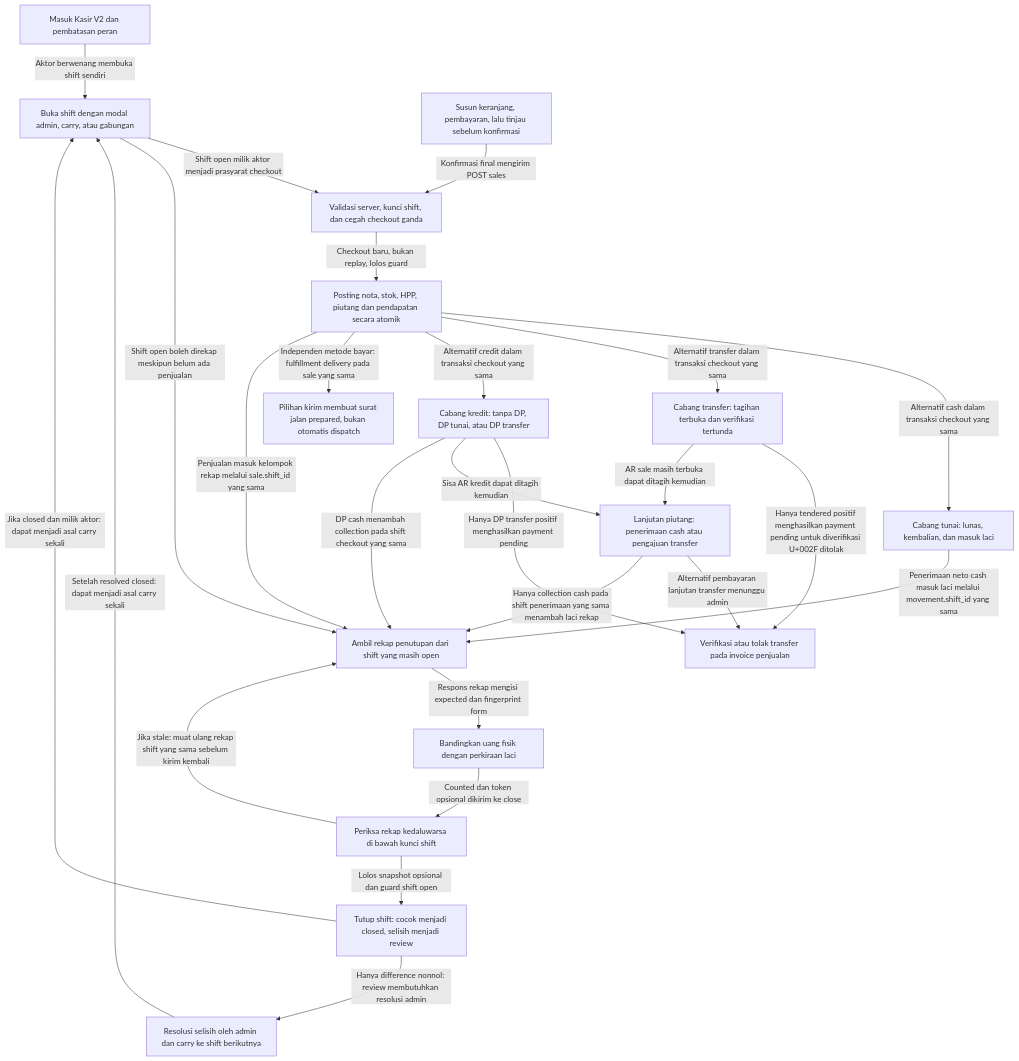
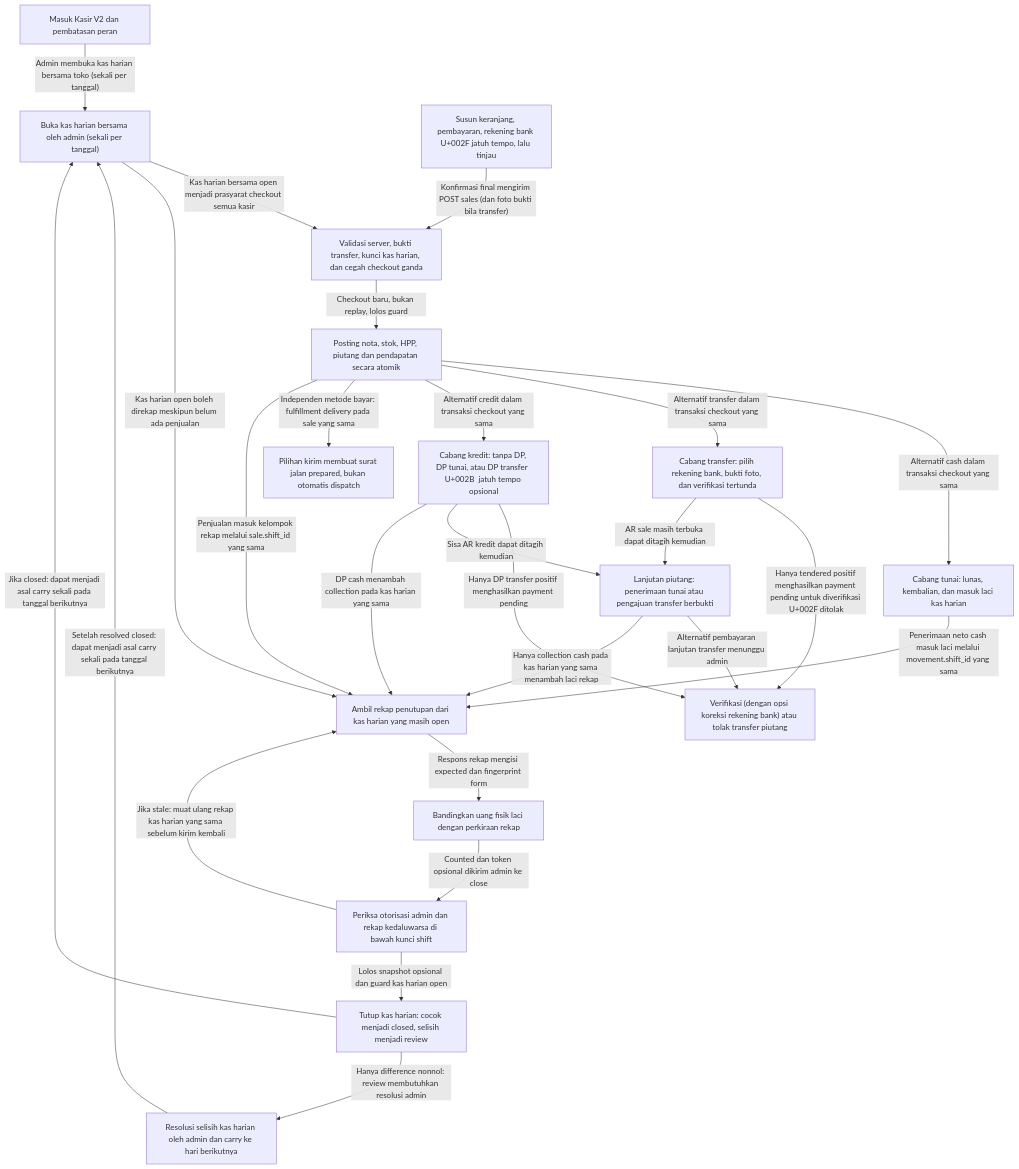
The diagram in docx/modul/01-kasir-shift.md (Bagas10k/kasir-bangunan), drawn with Mermaid before and after one commit. The commit also changed other lines of this file and 52 other files, not shown here.

````diff
--- a/docx/modul/01-kasir-shift.md
+++ b/docx/modul/01-kasir-shift.md
@@ -5,44 +5,44 @@
 ```mermaid
 flowchart TD
     n_KS01["Masuk Kasir V2 dan pembatasan peran"]
-    n_KS02["Buka shift dengan modal admin, carry, atau gabungan"]
-    n_KS03["Susun keranjang, pembayaran, lalu tinjau sebelum konfirmasi"]
-    n_KS04["Validasi server, kunci shift, dan cegah checkout ganda"]
+    n_KS02["Buka kas harian bersama oleh admin (sekali per tanggal)"]
+    n_KS03["Susun keranjang, pembayaran, rekening bank U+002F jatuh tempo, lalu tinjau"]
+    n_KS04["Validasi server, bukti transfer, kunci kas harian, dan cegah checkout ganda"]
     n_KS05["Posting nota, stok, HPP, piutang dan pendapatan secara atomik"]
-    n_KS06["Cabang tunai: lunas, kembalian, dan masuk laci"]
-    n_KS07["Cabang transfer: tagihan terbuka dan verifikasi tertunda"]
-    n_KS08["Cabang kredit: tanpa DP, DP tunai, atau DP transfer"]
+    n_KS06["Cabang tunai: lunas, kembalian, dan masuk laci kas harian"]
+    n_KS07["Cabang transfer: pilih rekening bank, bukti foto, dan verifikasi tertunda"]
+    n_KS08["Cabang kredit: tanpa DP, DP tunai, atau DP transfer  U+002B  jatuh tempo opsional"]
     n_KS09["Pilihan kirim membuat surat jalan prepared, bukan otomatis dispatch"]
-    n_KS10["Lanjutan piutang: penerimaan cash atau pengajuan transfer"]
-    n_KS11["Verifikasi atau tolak transfer pada invoice penjualan"]
-    n_KS12["Ambil rekap penutupan dari shift yang masih open"]
-    n_KS13["Bandingkan uang fisik dengan perkiraan laci"]
-    n_KS14["Periksa rekap kedaluwarsa di bawah kunci shift"]
-    n_KS15["Tutup shift: cocok menjadi closed, selisih menjadi review"]
-    n_KS16["Resolusi selisih oleh admin dan carry ke shift berikutnya"]
-    n_KS01 -->|"Aktor berwenang membuka shift sendiri"| n_KS02
-    n_KS02 -->|"Shift open milik aktor menjadi prasyarat checkout"| n_KS04
-    n_KS03 -->|"Konfirmasi final mengirim POST sales"| n_KS04
+    n_KS10["Lanjutan piutang: penerimaan tunai atau pengajuan transfer berbukti"]
+    n_KS11["Verifikasi (dengan opsi koreksi rekening bank) atau tolak transfer piutang"]
+    n_KS12["Ambil rekap penutupan dari kas harian yang masih open"]
+    n_KS13["Bandingkan uang fisik laci dengan perkiraan rekap"]
+    n_KS14["Periksa otorisasi admin dan rekap kedaluwarsa di bawah kunci shift"]
+    n_KS15["Tutup kas harian: cocok menjadi closed, selisih menjadi review"]
+    n_KS16["Resolusi selisih kas harian oleh admin dan carry ke hari berikutnya"]
+    n_KS01 -->|"Admin membuka kas harian bersama toko (sekali per tanggal)"| n_KS02
+    n_KS02 -->|"Kas harian bersama open menjadi prasyarat checkout semua kasir"| n_KS04
+    n_KS03 -->|"Konfirmasi final mengirim POST sales (dan foto bukti bila transfer)"| n_KS04
     n_KS04 -->|"Checkout baru, bukan replay, lolos guard"| n_KS05
     n_KS05 -->|"Alternatif cash dalam transaksi checkout yang sama"| n_KS06
     n_KS05 -->|"Alternatif transfer dalam transaksi checkout yang sama"| n_KS07
     n_KS05 -->|"Alternatif credit dalam transaksi checkout yang sama"| n_KS08
     n_KS05 -->|"Independen metode bayar: fulfillment delivery pada sale yang sama"| n_KS09
     n_KS07 -->|"Hanya tendered positif menghasilkan payment pending untuk diverifikasi U+002F ditolak"| n_KS11
     n_KS08 -->|"Hanya DP transfer positif menghasilkan payment pending"| n_KS11
     n_KS07 -->|"AR sale masih terbuka dapat ditagih kemudian"| n_KS10
     n_KS08 -->|"Sisa AR kredit dapat ditagih kemudian"| n_KS10
     n_KS10 -->|"Alternatif pembayaran lanjutan transfer menunggu admin"| n_KS11
-    n_KS02 -->|"Shift open boleh direkap meskipun belum ada penjualan"| n_KS12
+    n_KS02 -->|"Kas harian open boleh direkap meskipun belum ada penjualan"| n_KS12
     n_KS05 -->|"Penjualan masuk kelompok rekap melalui sale.shift_id yang sama"| n_KS12
     n_KS06 -->|"Penerimaan neto cash masuk laci melalui movement.shift_id yang sama"| n_KS12
-    n_KS08 -->|"DP cash menambah collection pada shift checkout yang sama"| n_KS12
-    n_KS10 -->|"Hanya collection cash pada shift penerimaan yang sama menambah laci rekap"| n_KS12
+    n_KS08 -->|"DP cash menambah collection pada kas harian yang sama"| n_KS12
+    n_KS10 -->|"Hanya collection cash pada kas harian yang sama menambah laci rekap"| n_KS12
     n_KS12 -->|"Respons rekap mengisi expected dan fingerprint form"| n_KS13
-    n_KS13 -->|"Counted dan token opsional dikirim ke close"| n_KS14
-    n_KS14 -->|"Jika stale: muat ulang rekap shift yang sama sebelum kirim kembali"| n_KS12
-    n_KS14 -->|"Lolos snapshot opsional dan guard shift open"| n_KS15
+    n_KS13 -->|"Counted dan token opsional dikirim admin ke close"| n_KS14
+    n_KS14 -->|"Jika stale: muat ulang rekap kas harian yang sama sebelum kirim kembali"| n_KS12
+    n_KS14 -->|"Lolos snapshot opsional dan guard kas harian open"| n_KS15
     n_KS15 -->|"Hanya difference nonnol: review membutuhkan resolusi admin"| n_KS16
-    n_KS15 -->|"Jika closed dan milik aktor: dapat menjadi asal carry sekali"| n_KS02
-    n_KS16 -->|"Setelah resolved closed: dapat menjadi asal carry sekali"| n_KS02
+    n_KS15 -->|"Jika closed: dapat menjadi asal carry sekali pada tanggal berikutnya"| n_KS02
+    n_KS16 -->|"Setelah resolved closed: dapat menjadi asal carry sekali pada tanggal berikutnya"| n_KS02
 ```
````
